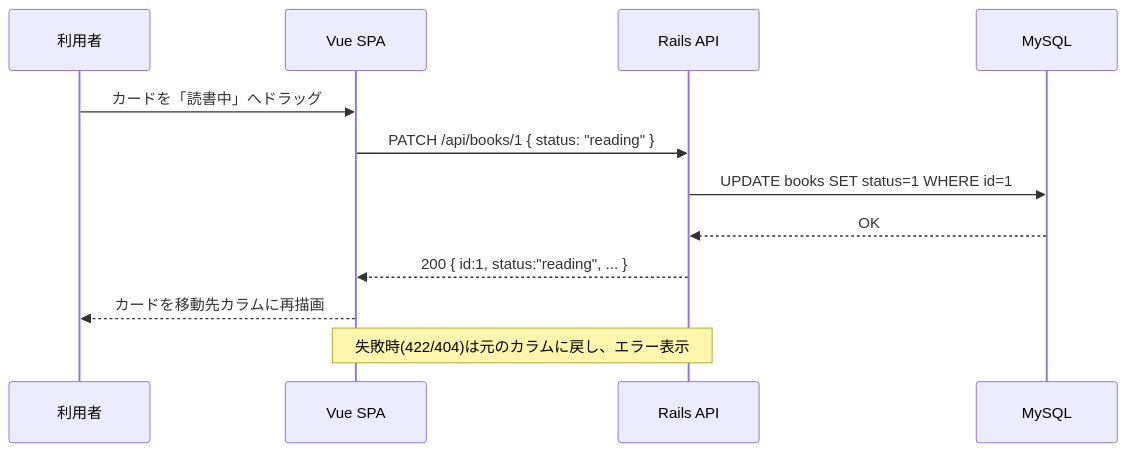
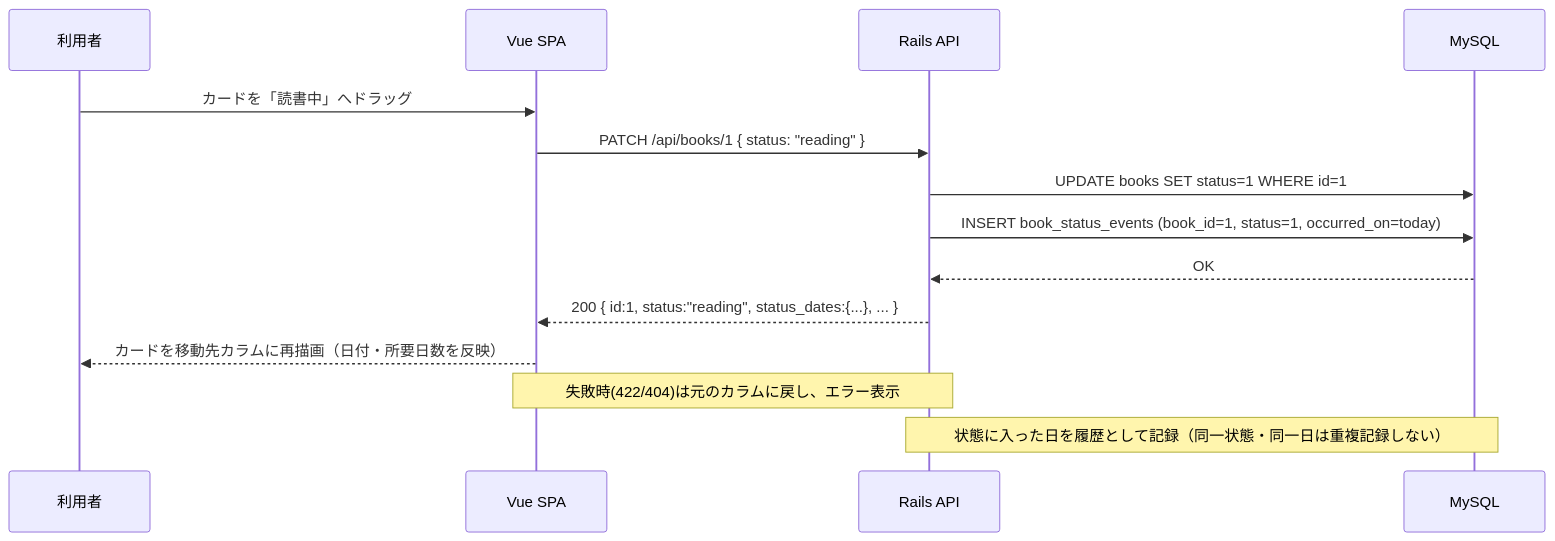
Before and after one commit to adamaru-code/reading-board: the sixth of 7 diagrams in docs/basic-design.md, drawn with Mermaid. The commit also changed other lines of this file and 4 other files, not shown here.

````diff
--- a/docs/basic-design.md
+++ b/docs/basic-design.md
@@ -112,14 +137,16 @@
 ```mermaid
 sequenceDiagram
     participant U as 利用者
     participant V as Vue SPA
     participant R as Rails API
     participant D as MySQL
     U->>V: カードを「読書中」へドラッグ
     V->>R: PATCH /api/books/1 { status: "reading" }
     R->>D: UPDATE books SET status=1 WHERE id=1
+    R->>D: INSERT book_status_events (book_id=1, status=1, occurred_on=today)
     D-->>R: OK
-    R-->>V: 200 { id:1, status:"reading", ... }
-    V-->>U: カードを移動先カラムに再描画
+    R-->>V: 200 { id:1, status:"reading", status_dates:{...}, ... }
+    V-->>U: カードを移動先カラムに再描画（日付・所要日数を反映）
     Note over V,R: 失敗時(422/404)は元のカラムに戻し、エラー表示
+    Note over R,D: 状態に入った日を履歴として記録（同一状態・同一日は重複記録しない）
 ```
````
